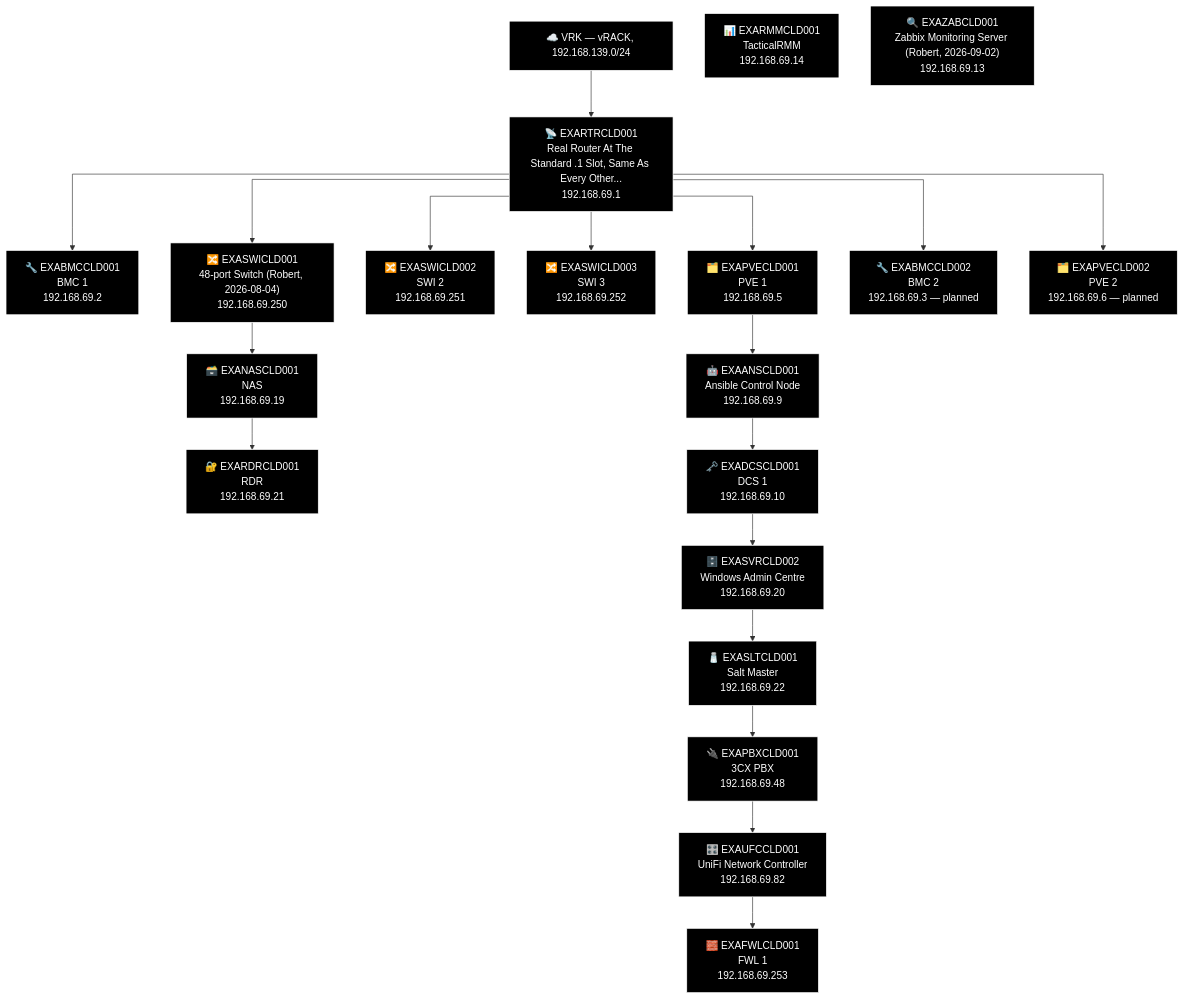
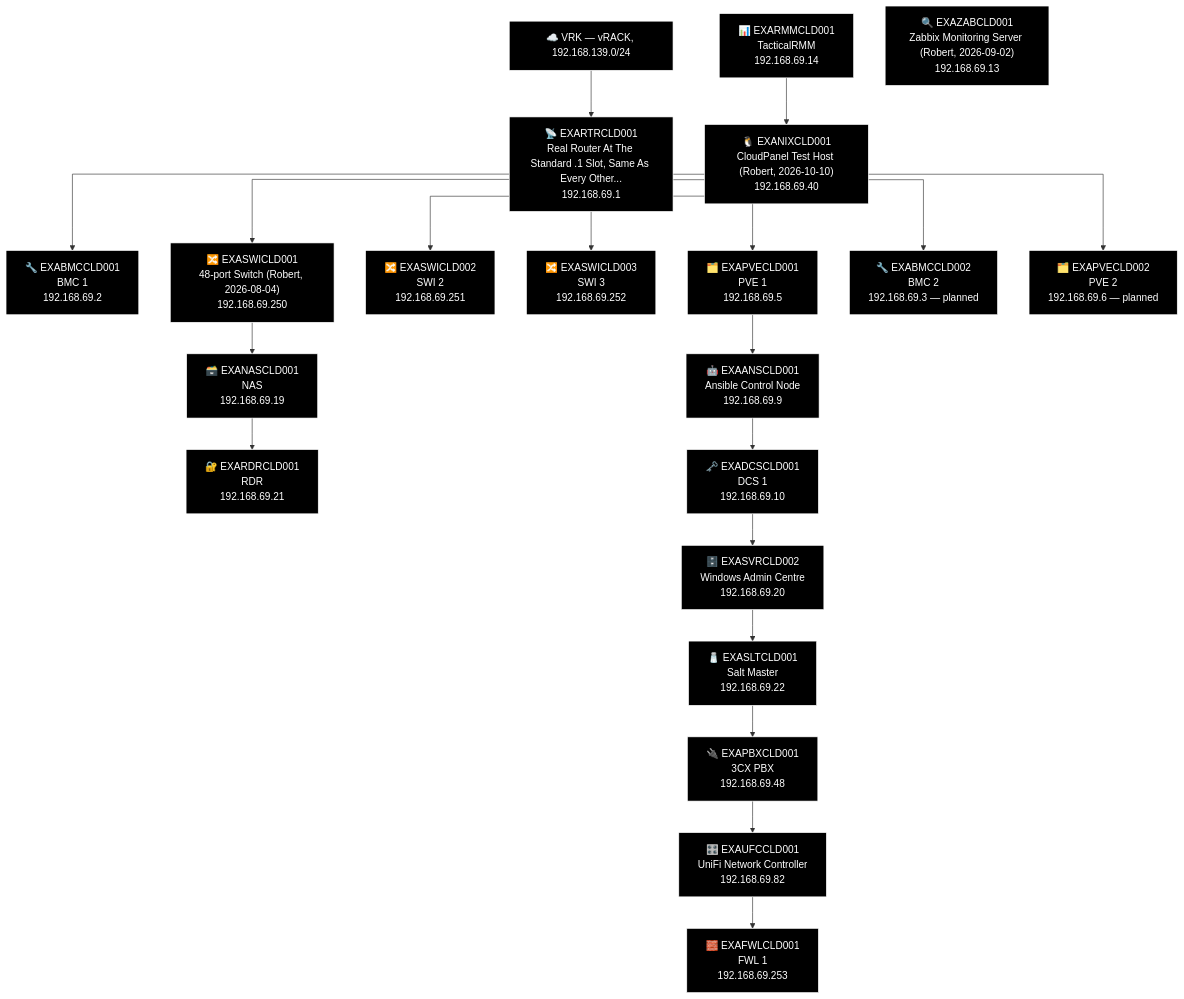
Before and after one commit to knightmare2600/example_music_infra: the second of 2 diagrams in docs/network-diagram/cld.md, drawn with Mermaid. The commit also changed 10 other files, not shown here.

````diff
--- a/docs/network-diagram/cld.md
+++ b/docs/network-diagram/cld.md
@@ -44,56 +44,59 @@
 ```mermaid
 %% GENERATED:TOPOLOGY:CLD:START
 %%{init: {'flowchart': {'curve': 'stepAfter'}}}%%
 graph TD
     T_VRK["☁️ VRK — vRACK, 192.168.139.0/24"]
     T_RTR["📡 EXARTRCLD001<br/>Real Router At The Standard .1 Slot, Same As Every Other...<br/>192.168.69.1"]
     T_VRK --> T_RTR
     T_BMC["🔧 EXABMCCLD001<br/>BMC 1<br/>192.168.69.2"]
     T_RTR --> T_BMC
     T_PVE["🗂️ EXAPVECLD001<br/>PVE 1<br/>192.168.69.5"]
     T_RTR --> T_PVE
     T_SWI["🔀 EXASWICLD002<br/>SWI 2<br/>192.168.69.251"]
     T_RTR --> T_SWI
     T_SWI2["🔀 EXASWICLD003<br/>SWI 3<br/>192.168.69.252"]
     T_RTR --> T_SWI2
     T_SWI3["🔀 EXASWICLD001<br/>48-port Switch (Robert, 2026-08-04)<br/>192.168.69.250"]
     T_RTR --> T_SWI3
     T_BMC2["🔧 EXABMCCLD002<br/>BMC 2<br/>192.168.69.3 — planned"]
     T_RTR --> T_BMC2
     T_PVE2["🗂️ EXAPVECLD002<br/>PVE 2<br/>192.168.69.6 — planned"]
     T_RTR --> T_PVE2
     T_NAS["🗃️ EXANASCLD001<br/>NAS<br/>192.168.69.19"]
     T_RDR["🔐 EXARDRCLD001<br/>RDR<br/>192.168.69.21"]
     T_SWI3 --> T_NAS --> T_RDR
     T_ANS["🤖 EXAANSCLD001<br/>Ansible Control Node<br/>192.168.69.9"]
     T_DCS["🗝️ EXADCSCLD001<br/>DCS 1<br/>192.168.69.10"]
     T_SVR["🗄️ EXASVRCLD002<br/>Windows Admin Centre<br/>192.168.69.20"]
     T_SLT["🧂 EXASLTCLD001<br/>Salt Master<br/>192.168.69.22"]
     T_PBX["🔌 EXAPBXCLD001<br/>3CX PBX<br/>192.168.69.48"]
     T_UFC["🎛️ EXAUFCCLD001<br/>UniFi Network Controller<br/>192.168.69.82"]
     T_FWL["🧱 EXAFWLCLD001<br/>FWL 1<br/>192.168.69.253"]
     T_PVE --> T_ANS --> T_DCS --> T_SVR --> T_SLT --> T_PBX --> T_UFC --> T_FWL
     T_RMM["📊 EXARMMCLD001<br/>TacticalRMM<br/>192.168.69.14"]
     T_ZAB["🔍 EXAZABCLD001<br/>Zabbix Monitoring Server (Robert, 2026-09-02)<br/>192.168.69.13"]
+    T_NIX["🐧 EXANIXCLD001<br/>CloudPanel Test Host (Robert, 2026-10-10)<br/>192.168.69.40"]
+    T_RMM --> T_NIX
     style T_VRK fill:#000000,stroke:#FFFFFF,color:#FFFFFF
     style T_RTR fill:#000000,stroke:#FFFFFF,color:#FFFFFF
     style T_BMC fill:#000000,stroke:#FFFFFF,color:#FFFFFF
     style T_PVE fill:#000000,stroke:#FFFFFF,color:#FFFFFF
     style T_SWI fill:#000000,stroke:#FFFFFF,color:#FFFFFF
     style T_SWI2 fill:#000000,stroke:#FFFFFF,color:#FFFFFF
     style T_SWI3 fill:#000000,stroke:#FFFFFF,color:#FFFFFF
     style T_BMC2 fill:#000000,stroke:#FFFFFF,color:#FFFFFF
     style T_PVE2 fill:#000000,stroke:#FFFFFF,color:#FFFFFF
     style T_NAS fill:#000000,stroke:#FFFFFF,color:#FFFFFF
     style T_RDR fill:#000000,stroke:#FFFFFF,color:#FFFFFF
     style T_ANS fill:#000000,stroke:#FFFFFF,color:#FFFFFF
     style T_DCS fill:#000000,stroke:#FFFFFF,color:#FFFFFF
     style T_SVR fill:#000000,stroke:#FFFFFF,color:#FFFFFF
     style T_SLT fill:#000000,stroke:#FFFFFF,color:#FFFFFF
     style T_PBX fill:#000000,stroke:#FFFFFF,color:#FFFFFF
     style T_UFC fill:#000000,stroke:#FFFFFF,color:#FFFFFF
     style T_FWL fill:#000000,stroke:#FFFFFF,color:#FFFFFF
     style T_RMM fill:#000000,stroke:#FFFFFF,color:#FFFFFF
     style T_ZAB fill:#000000,stroke:#FFFFFF,color:#FFFFFF
+    style T_NIX fill:#000000,stroke:#FFFFFF,color:#FFFFFF
 %% GENERATED:TOPOLOGY:CLD:END
 ```
````
